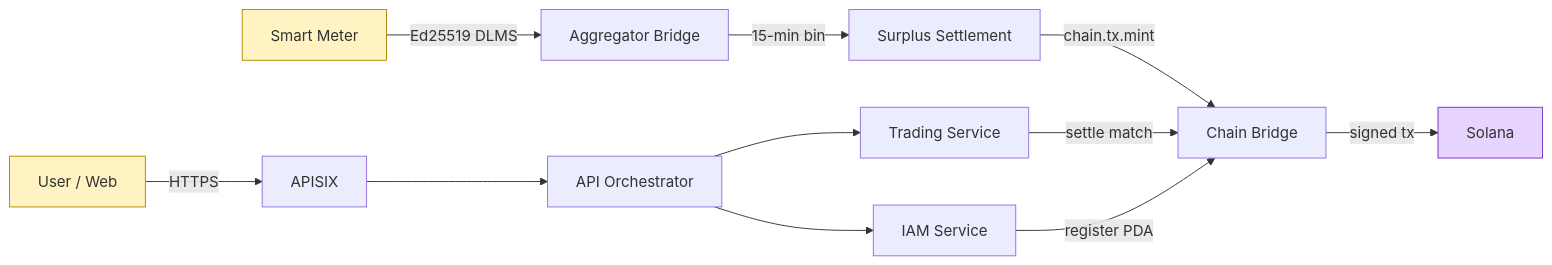
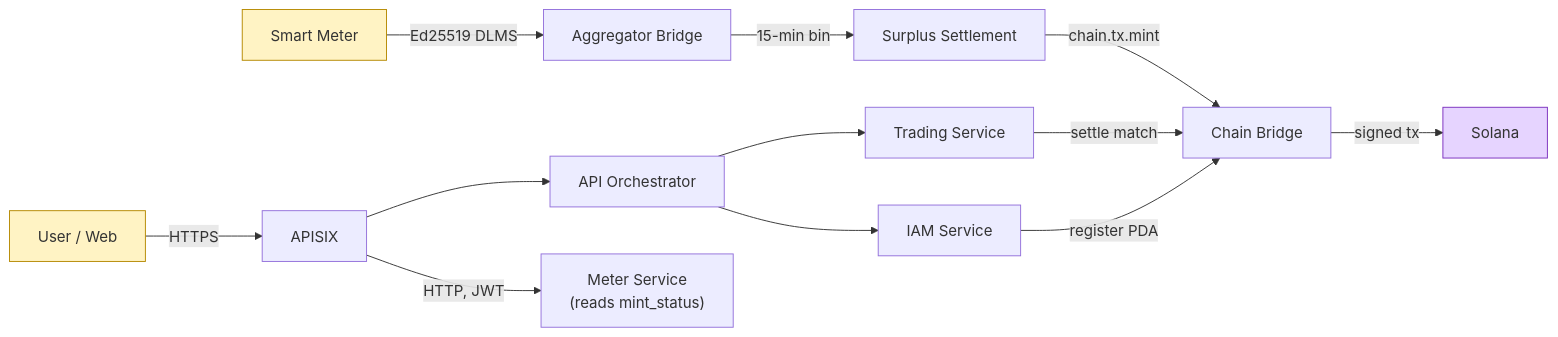
One commit to NakaSato/gridtokenx-coresystem changed the second of 2 diagrams in README.md. Above: the diagram before and after it, drawn with Mermaid. The commit also changed other lines of this file and 6 other files, not shown here.

````diff
--- a/README.md
+++ b/README.md
@@ -107,19 +110,20 @@
 ```mermaid
 flowchart LR
     Meter["Smart Meter"] -->|Ed25519 DLMS| Bridge["Aggregator Bridge"]
     Bridge -->|15-min bin| Settle["Surplus Settlement"]
     Settle -->|chain.tx.mint| CB["Chain Bridge"]
 
     User["User / Web"] -->|HTTPS| GW["APISIX"]
     GW --> API["API Orchestrator"]
     API --> Tr["Trading Service"]
     Tr -->|settle match| CB
     API --> IAM["IAM Service"]
     IAM -->|register PDA| CB
+    GW -->|HTTP, JWT| MeterSvc["Meter Service<br/>(reads mint_status)"]
 
     CB -->|signed tx| SOL["Solana"]
 
     style Meter fill:#fff3c4,stroke:#b58900
     style User fill:#fff3c4,stroke:#b58900
     style SOL fill:#e6d4ff,stroke:#7b2fbe
 ```
````
